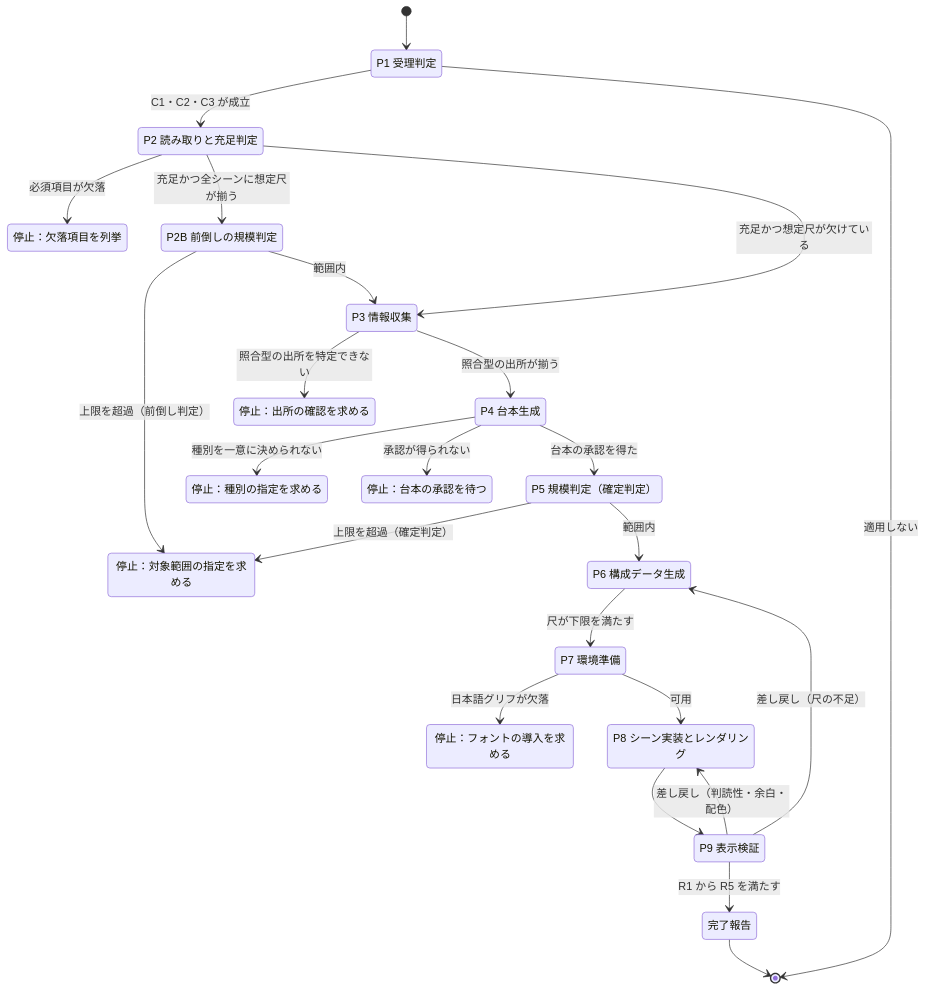
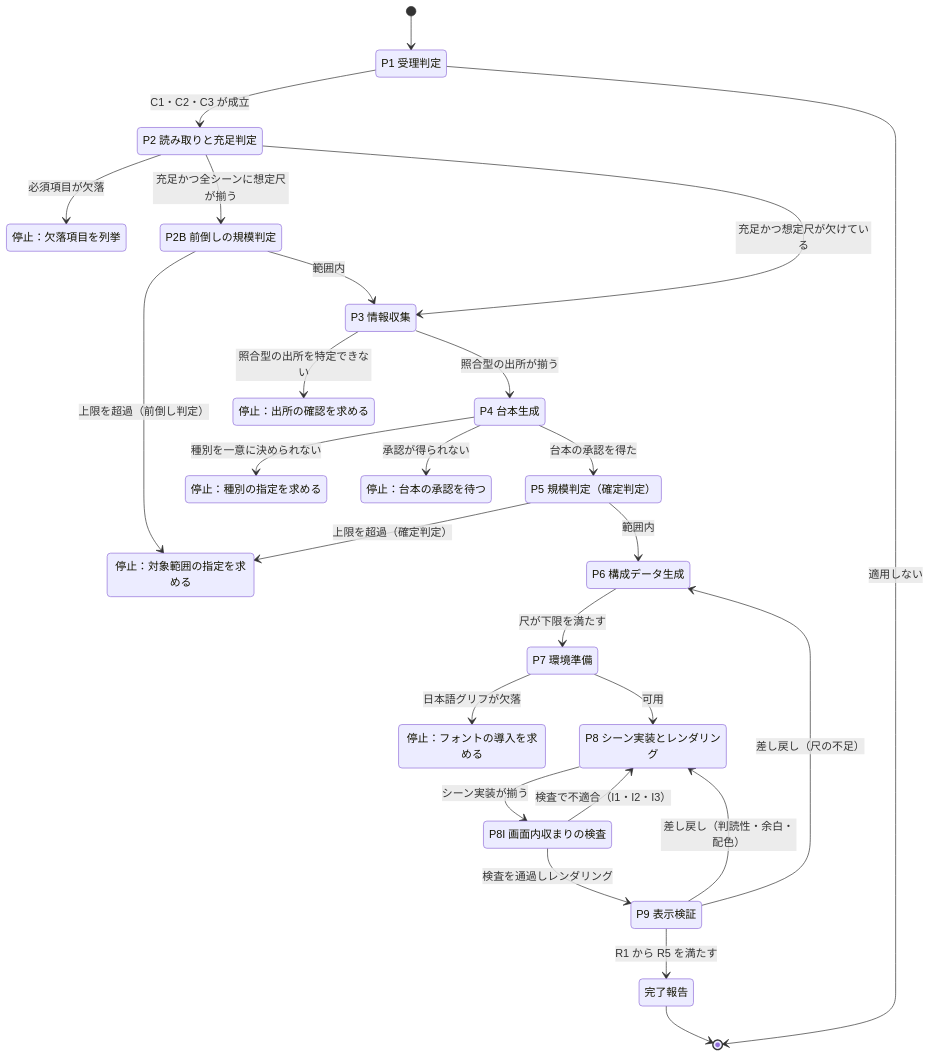
The second of 3 diagrams in SPEC/skill-structure.md (rictaworks/spec-to-mp4-video-skill), drawn with Mermaid before and after one commit. The commit also changed 5 other files, not shown here.

````diff
--- a/SPEC/skill-structure.md
+++ b/SPEC/skill-structure.md
@@ -44,44 +44,47 @@
 ```mermaid
 stateDiagram-v2
     [*] --> P1
     state "P1 受理判定" as P1
     state "P2 読み取りと充足判定" as P2
     state "P3 情報収集" as P3
     state "P4 台本生成" as P4
     state "P2B 前倒しの規模判定" as P2B
     state "P5 規模判定（確定判定）" as P5
     state "P6 構成データ生成" as P6
     state "P7 環境準備" as P7
     state "P8 シーン実装とレンダリング" as P8
+    state "P8I 画面内収まりの検査" as P8I
     state "P9 表示検証" as P9
     state "停止：欠落項目を列挙" as S1
     state "停止：対象範囲の指定を求める" as S2
     state "停止：フォントの導入を求める" as S3
     state "停止：出所の確認を求める" as S4
     state "停止：台本の承認を待つ" as S5
     state "停止：種別の指定を求める" as S6
     state "完了報告" as DONE
 
     P1 --> P2 : C1・C2・C3 が成立
     P1 --> [*] : 適用しない
     P2 --> S1 : 必須項目が欠落
     P2 --> P2B : 充足かつ全シーンに想定尺が揃う
     P2 --> P3 : 充足かつ想定尺が欠けている
     P2B --> S2 : 上限を超過（前倒し判定）
     P2B --> P3 : 範囲内
     P3 --> S4 : 照合型の出所を特定できない
     P3 --> P4 : 照合型の出所が揃う
     P4 --> S6 : 種別を一意に決められない
     P4 --> S5 : 承認が得られない
     P4 --> P5 : 台本の承認を得た
     P5 --> S2 : 上限を超過（確定判定）
     P5 --> P6 : 範囲内
     P6 --> P7 : 尺が下限を満たす
     P7 --> S3 : 日本語グリフが欠落
     P7 --> P8 : 可用
-    P8 --> P9
+    P8 --> P8I : シーン実装が揃う
+    P8I --> P8 : 検査で不適合（I1・I2・I3）
+    P8I --> P9 : 検査を通過しレンダリング
     P9 --> P8 : 差し戻し（判読性・余白・配色）
     P9 --> P6 : 差し戻し（尺の不足）
     P9 --> DONE : R1 から R5 を満たす
     DONE --> [*]
 ```
````
